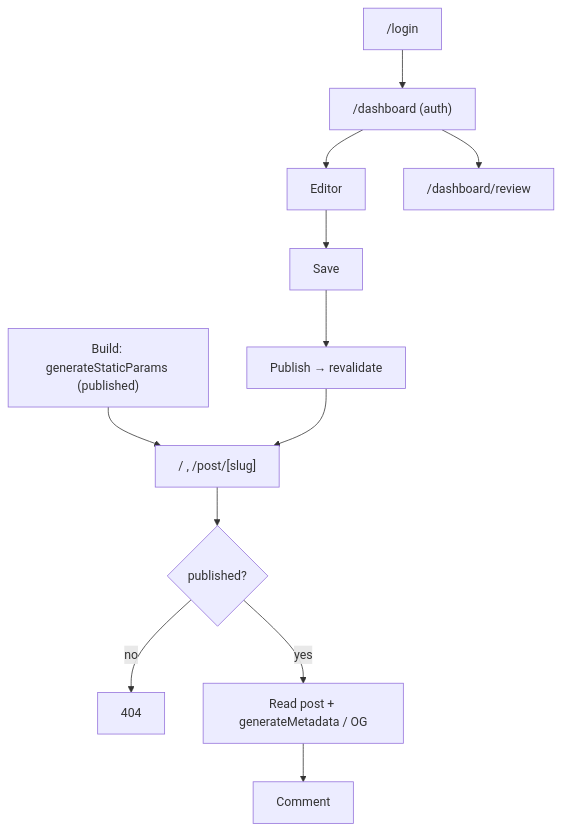
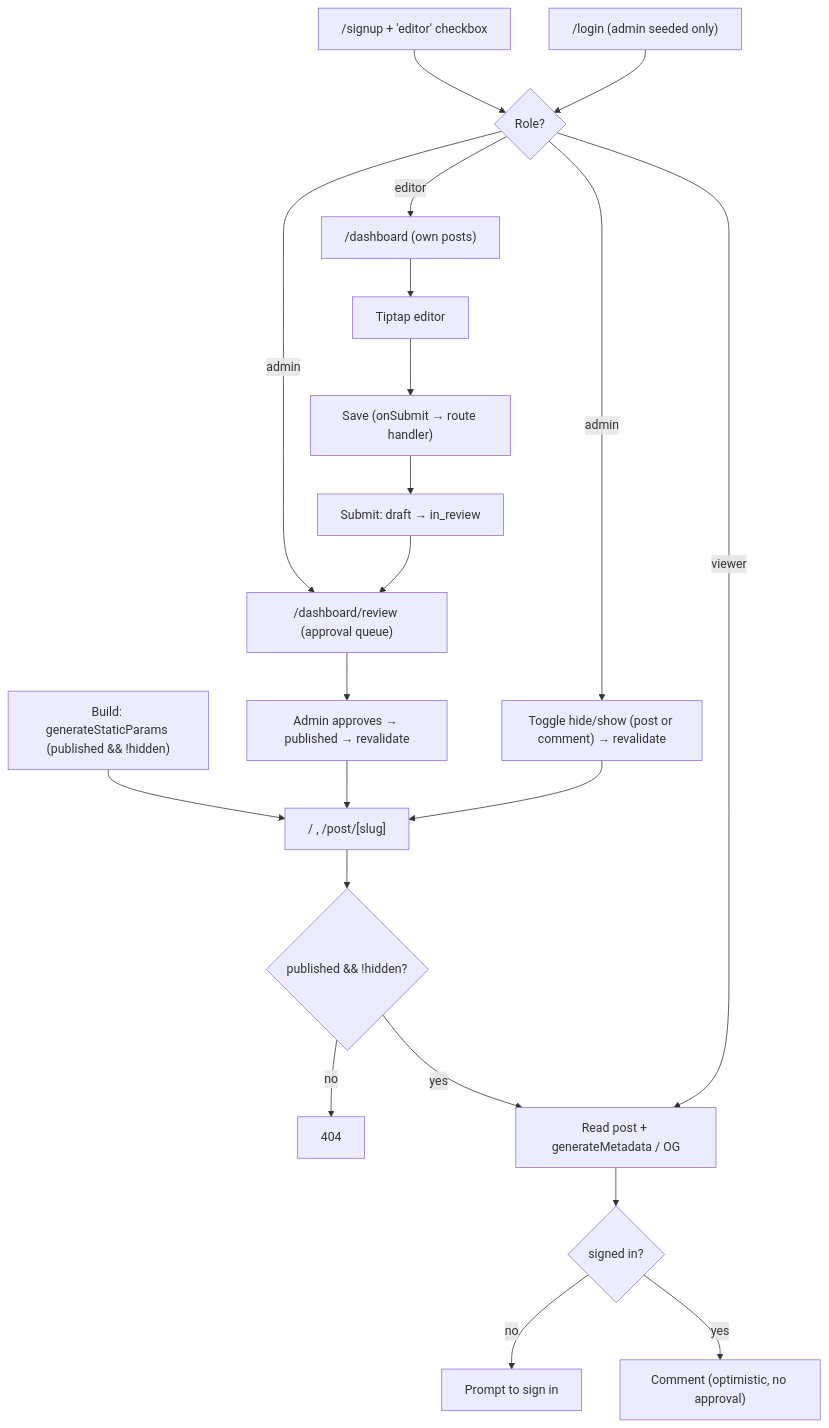
The diagram in projects/blog/middle/flow.md (trungnd-voyager/training), drawn with Mermaid before and after one commit. The commit also changed other lines of this file and 8 other files, not shown here.

````diff
--- a/projects/blog/middle/flow.md
+++ b/projects/blog/middle/flow.md
@@ -5,12 +5,21 @@
 ```mermaid
 flowchart TD
-  Build["Build: generateStaticParams (published)"] --> Pub["/ , /post/[slug]"]
-  Pub --> Vis{"published?"}
+  Build["Build: generateStaticParams (published && !hidden)"] --> Pub["/ , /post/[slug]"]
+  Pub --> Vis{"published && !hidden?"}
   Vis -- no --> NF["404"]
   Vis -- yes --> Read["Read post + generateMetadata / OG"]
-  Read --> Cm["Comment"]
-  Login["/login"] --> Dash["/dashboard (auth)"]
-  Dash --> Ed["Editor"] --> SA["Save"]
-  SA --> Publish["Publish → revalidate"] --> Pub
-  Dash --> Rev["/dashboard/review"]
+  Read --> Gate{"signed in?"}
+  Gate -- no --> Prompt["Prompt to sign in"]
+  Gate -- yes --> Cm["Comment (optimistic, no approval)"]
+
+  Signup["/signup + 'editor' checkbox"] --> Role{"Role?"}
+  Login["/login (admin seeded only)"] --> Role
+  Role -- viewer --> Read
+  Role -- editor --> Dash["/dashboard (own posts)"]
+  Role -- admin --> Rev["/dashboard/review (approval queue)"]
+
+  Dash --> Ed["Tiptap editor"] --> SA["Save (onSubmit → route handler)"]
+  SA --> Sub["Submit: draft → in_review"] --> Rev
+  Rev --> Ap["Admin approves → published → revalidate"] --> Pub
+  Role -- admin --> Tog["Toggle hide/show (post or comment) → revalidate"] --> Pub
 ```
````
